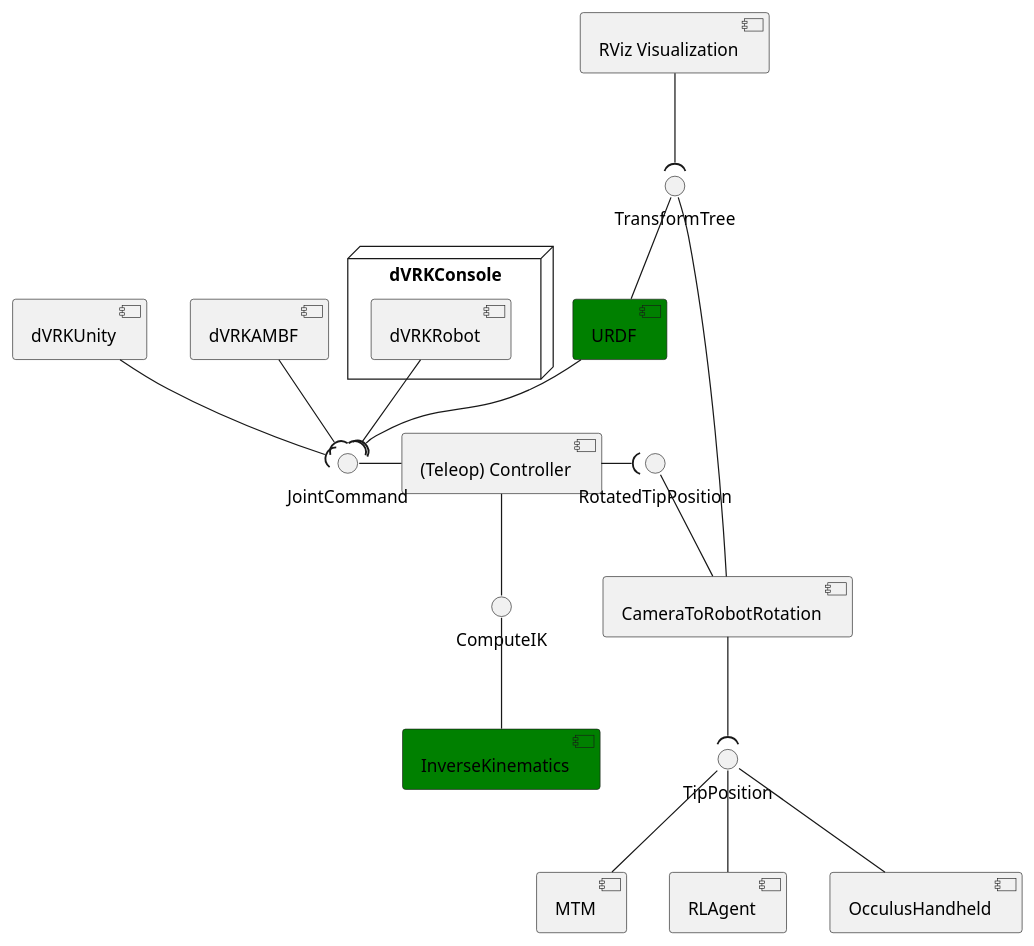
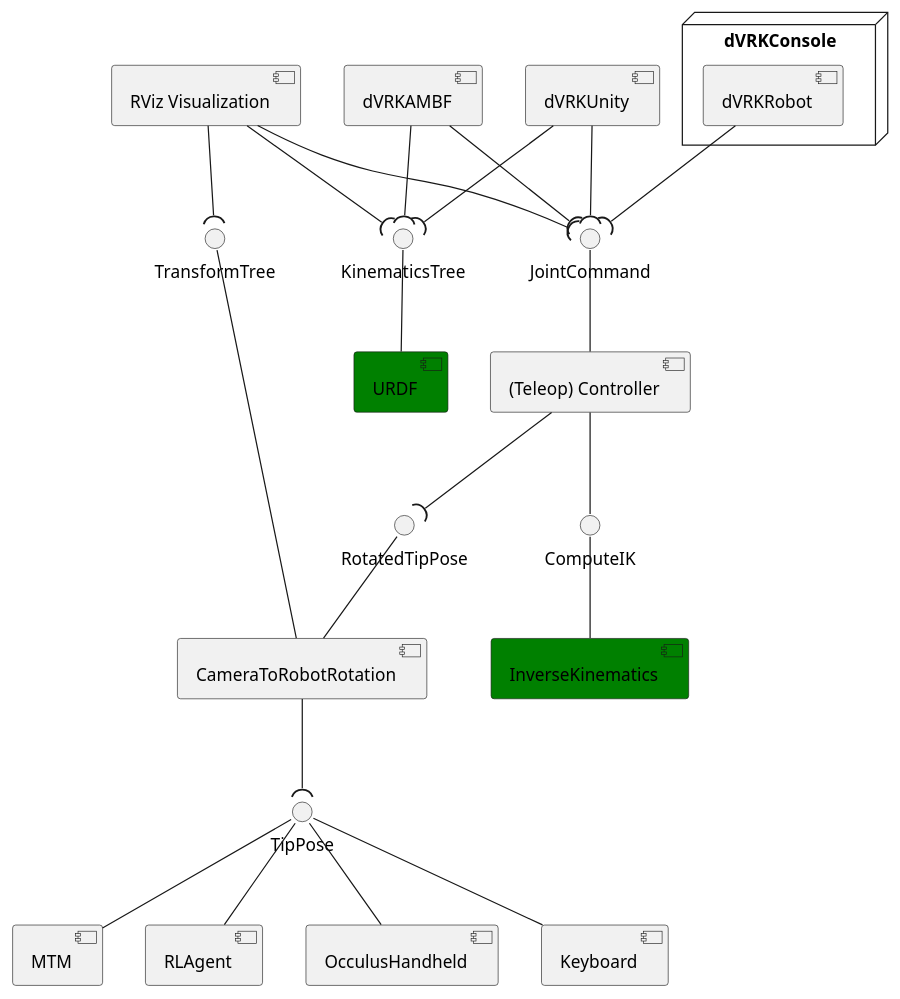
One commit to MEDCVR/MedRCT changed the second of 2 diagrams in proposal.md. Above: the diagram before and after it, drawn with PlantUML. The commit also changed other lines of this file, not shown here.

Commit message:
Update fix a a bit

````diff
--- a/proposal.md
+++ b/proposal.md
@@ -50,51 +50,58 @@
 ```plantuml
 @startuml
 
 component TeleopController as "(Teleop) Controller"
 
-interface RotatedTipPosition
-TeleopController -right-( RotatedTipPosition
+interface RotatedTipPose
+TeleopController --( RotatedTipPose
 
-interface TipPosition
+interface TipPose
 component  CameraToRobotRotation
-RotatedTipPosition -- CameraToRobotRotation
-CameraToRobotRotation --( TipPosition
+RotatedTipPose -- CameraToRobotRotation
+CameraToRobotRotation --( TipPose
 
 component MTM
-TipPosition -- MTM
+TipPose -- MTM
 component RLAgent
-TipPosition -- RLAgent
+TipPose -- RLAgent
 component OcculusHandheld
-TipPosition -- OcculusHandheld
+TipPose -- OcculusHandheld
+component Keyboard
+TipPose -- Keyboard
 
 node dVRKConsole {
     component dVRKRobot
 }
 component dVRKUnity
 component dVRKAMBF
 
 interface JointCommand
 dVRKRobot --( JointCommand
 dVRKUnity --( JointCommand
 dVRKAMBF --( JointCommand
 
-JointCommand -right- TeleopController
+JointCommand -- TeleopController
 
 interface ComputeIK
 component InverseKinematics #Green
 
 ComputeIK -- InverseKinematics
 TeleopController -- ComputeIK
 
 component RViz as "RViz Visualization"
 interface TransformTree
 RViz --( TransformTree
+RViz --( JointCommand
 
 TransformTree -- CameraToRobotRotation
 
 component URDF #Green
-URDF --( JointCommand
-TransformTree -- URDF
+interface KinematicsTree
+KinematicsTree -- URDF
+
+dVRKUnity --( KinematicsTree
+dVRKAMBF --( KinematicsTree
+RViz --( KinematicsTree
 
 @enduml
 ```
````
